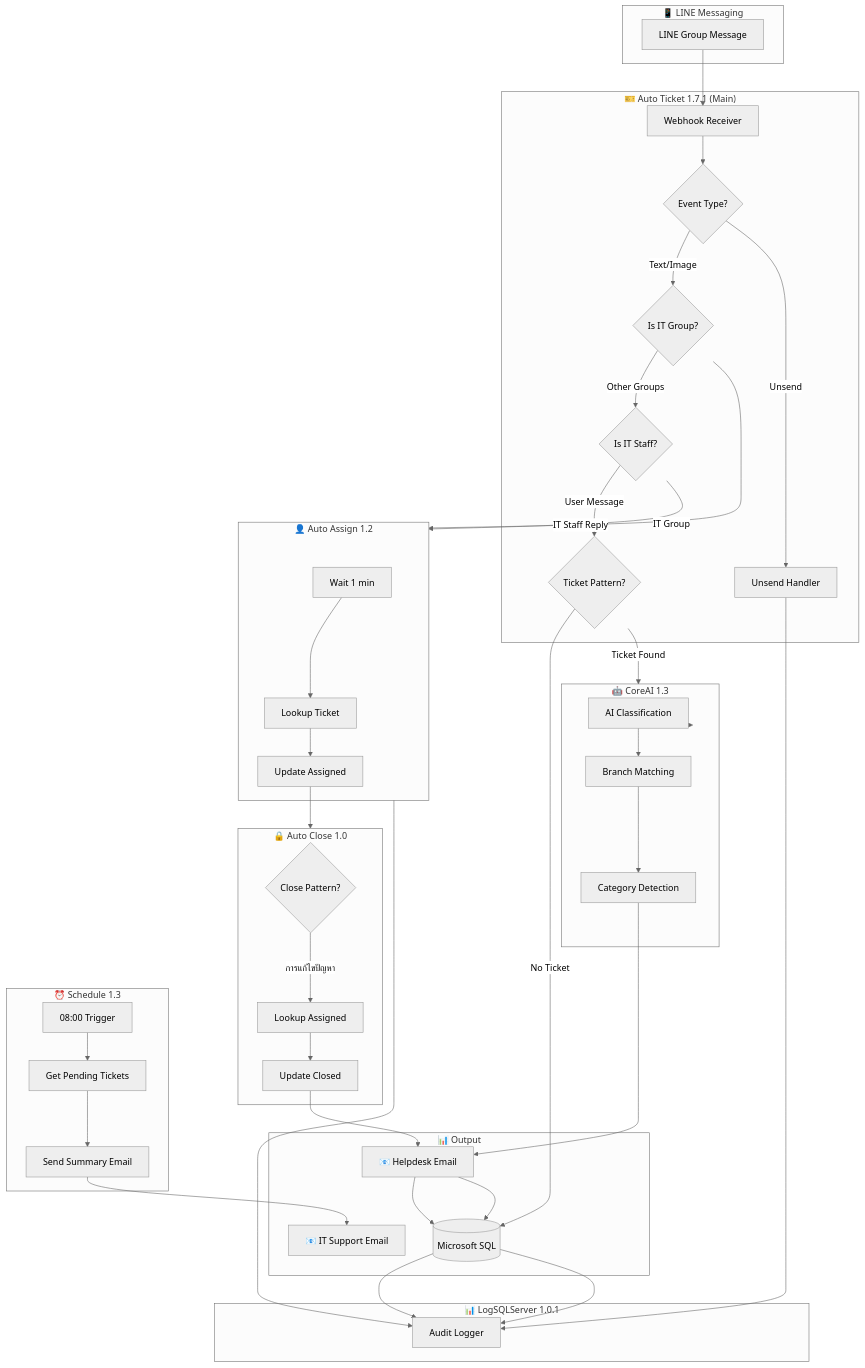
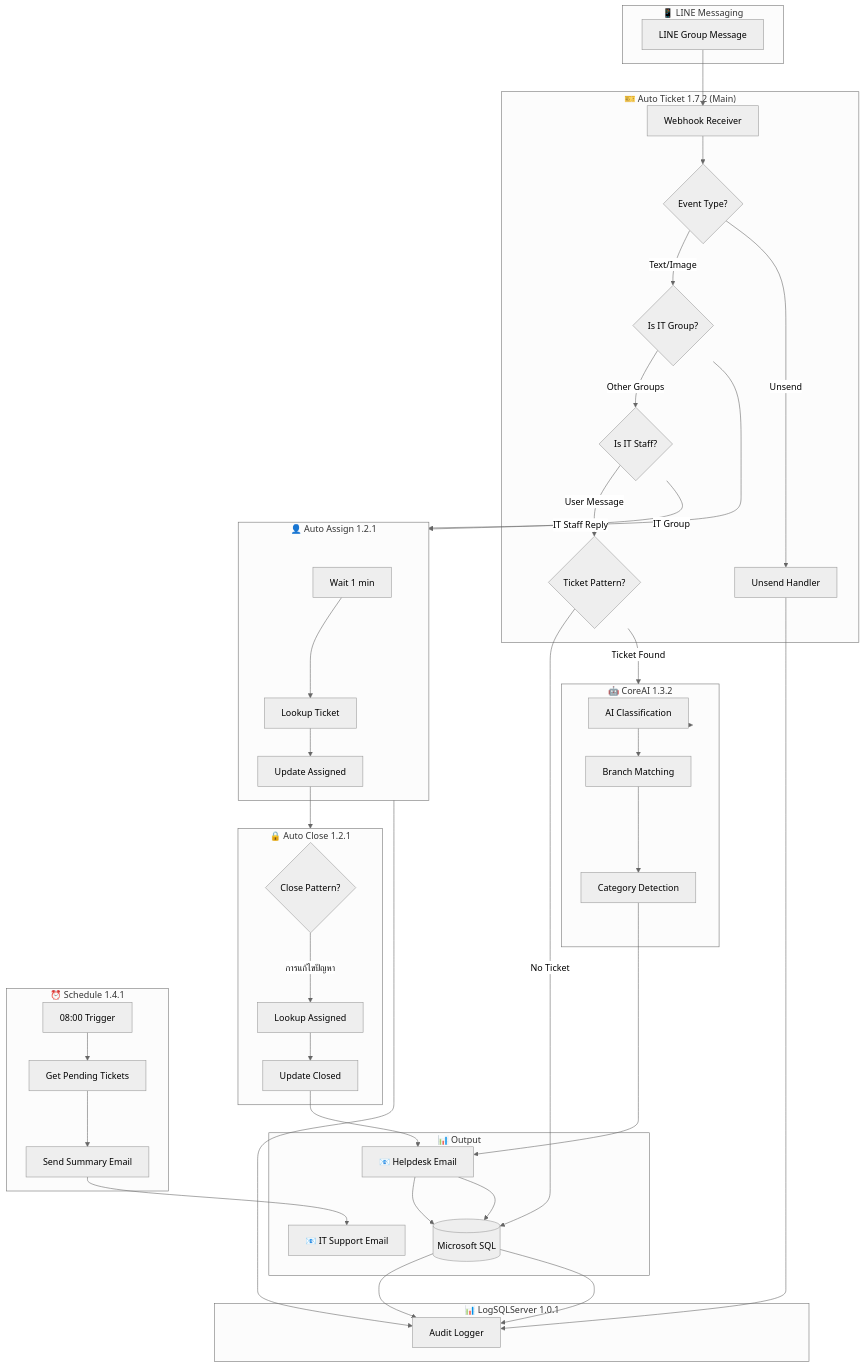
Before and after one commit to Piyabordee/n8n-auto-ticket-system: the first of 2 diagrams in README.md, drawn with Mermaid (neutral theme). The commit also changed other lines of this file and 4 other files, not shown here.

````diff
--- a/README.md
+++ b/README.md
@@ -39,63 +39,63 @@
 ```mermaid
 flowchart TB
     subgraph LINE["📱 LINE Messaging"]
         A[LINE Group Message]
     end
 
-    subgraph Main["🎫 Auto Ticket 1.7.1 (Main)"]
+    subgraph Main["🎫 Auto Ticket 1.7.2 (Main)"]
         B[Webhook Receiver]
         C{Event Type?}
         D{Is IT Group?}
         E{Is IT Staff?}
         F{Ticket Pattern?}
         G[Unsend Handler]
     end
 
-    subgraph AI["🤖 CoreAI 1.3"]
+    subgraph AI["🤖 CoreAI 1.3.2"]
         H[AI Classification]
         I[Branch Matching]
         J[Category Detection]
     end
 
-    subgraph Assign["👤 Auto Assign 1.2"]
+    subgraph Assign["👤 Auto Assign 1.2.1"]
         K[Wait 1 min]
         L[Lookup Ticket]
         M[Update Assigned]
     end
 
-    subgraph Close["🔒 Auto Close 1.0"]
+    subgraph Close["🔒 Auto Close 1.2.1"]
         N{Close Pattern?}
         O[Lookup Assigned]
         P[Update Closed]
     end
 
-    subgraph Schedule["⏰ Schedule 1.3"]
+    subgraph Schedule["⏰ Schedule 1.4.1"]
         Q[08:00 Trigger]
         R[Get Pending Tickets]
         S[Send Summary Email]
     end
 
     subgraph Audit["📊 LogSQLServer 1.0.1"]
         T[Audit Logger]
     end
 
     subgraph Output["📊 Output"]
         U[(Microsoft SQL)]
         V[📧 Helpdesk Email]
         W[📧 IT Support Email]
     end
 
     A --> B --> C
     C -->|Text/Image| D
     C -->|Unsend| G --> T
     D -->|IT Group| Assign
     D -->|Other Groups| E
     E -->|IT Staff Reply| Assign
     E -->|User Message| F
     F -->|Ticket Found| AI --> H --> I --> J --> V --> U --> T
     F -->|No Ticket| U
     K --> L --> M --> Close
     N -->|การแก้ไขปัญหา| O --> P --> V --> U --> T
     Q --> R --> S --> W
     Assign --> T
 ```
````
